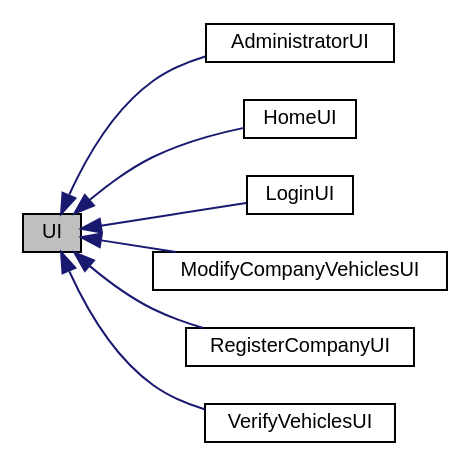
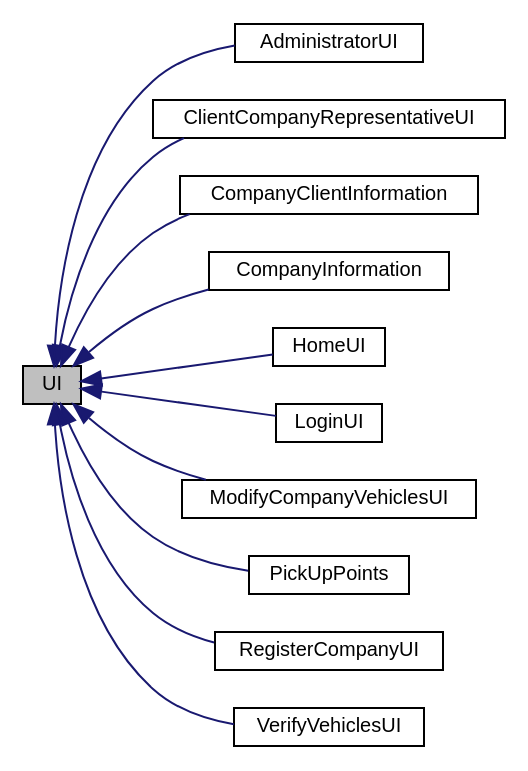
One commit to ctrlMarcio/feup-cal-proj changed the diagram in classUI__inherit__graph.dot. Above: the diagram before and after it, drawn with Graphviz. The commit also changed 73 other files, not shown here.

```diff
--- a/classUI__inherit__graph.dot
+++ b/classUI__inherit__graph.dot
@@ -1,19 +1,27 @@
 digraph "UI"
 {
   edge [fontname="Helvetica",fontsize="10",labelfontname="Helvetica",labelfontsize="10"];
   node [fontname="Helvetica",fontsize="10",shape=record];
   rankdir="LR";
   Node0 [label="UI",height=0.2,width=0.4,color="black", fillcolor="grey75", style="filled", fontcolor="black"];
   Node0 -> Node1 [dir="back",color="midnightblue",fontsize="10",style="solid",fontname="Helvetica"];
   Node1 [label="AdministratorUI",height=0.2,width=0.4,color="black", fillcolor="white", style="filled",URL="$classAdministratorUI.html"];
   Node0 -> Node2 [dir="back",color="midnightblue",fontsize="10",style="solid",fontname="Helvetica"];
-  Node2 [label="HomeUI",height=0.2,width=0.4,color="black", fillcolor="white", style="filled",URL="$classHomeUI.html"];
+  Node2 [label="ClientCompanyRepresentativeUI",height=0.2,width=0.4,color="black", fillcolor="white", style="filled",URL="$classClientCompanyRepresentativeUI.html"];
   Node0 -> Node3 [dir="back",color="midnightblue",fontsize="10",style="solid",fontname="Helvetica"];
-  Node3 [label="LoginUI",height=0.2,width=0.4,color="black", fillcolor="white", style="filled",URL="$classLoginUI.html"];
+  Node3 [label="CompanyClientInformation",height=0.2,width=0.4,color="black", fillcolor="white", style="filled",URL="$classCompanyClientInformation.html"];
   Node0 -> Node4 [dir="back",color="midnightblue",fontsize="10",style="solid",fontname="Helvetica"];
-  Node4 [label="ModifyCompanyVehiclesUI",height=0.2,width=0.4,color="black", fillcolor="white", style="filled",URL="$classModifyCompanyVehiclesUI.html"];
+  Node4 [label="CompanyInformation",height=0.2,width=0.4,color="black", fillcolor="white", style="filled",URL="$classCompanyInformation.html"];
   Node0 -> Node5 [dir="back",color="midnightblue",fontsize="10",style="solid",fontname="Helvetica"];
-  Node5 [label="RegisterCompanyUI",height=0.2,width=0.4,color="black", fillcolor="white", style="filled",URL="$classRegisterCompanyUI.html"];
+  Node5 [label="HomeUI",height=0.2,width=0.4,color="black", fillcolor="white", style="filled",URL="$classHomeUI.html"];
   Node0 -> Node6 [dir="back",color="midnightblue",fontsize="10",style="solid",fontname="Helvetica"];
-  Node6 [label="VerifyVehiclesUI",height=0.2,width=0.4,color="black", fillcolor="white", style="filled",URL="$classVerifyVehiclesUI.html"];
+  Node6 [label="LoginUI",height=0.2,width=0.4,color="black", fillcolor="white", style="filled",URL="$classLoginUI.html"];
+  Node0 -> Node7 [dir="back",color="midnightblue",fontsize="10",style="solid",fontname="Helvetica"];
+  Node7 [label="ModifyCompanyVehiclesUI",height=0.2,width=0.4,color="black", fillcolor="white", style="filled",URL="$classModifyCompanyVehiclesUI.html"];
+  Node0 -> Node8 [dir="back",color="midnightblue",fontsize="10",style="solid",fontname="Helvetica"];
+  Node8 [label="PickUpPoints",height=0.2,width=0.4,color="black", fillcolor="white", style="filled",URL="$classPickUpPoints.html"];
+  Node0 -> Node9 [dir="back",color="midnightblue",fontsize="10",style="solid",fontname="Helvetica"];
+  Node9 [label="RegisterCompanyUI",height=0.2,width=0.4,color="black", fillcolor="white", style="filled",URL="$classRegisterCompanyUI.html"];
+  Node0 -> Node10 [dir="back",color="midnightblue",fontsize="10",style="solid",fontname="Helvetica"];
+  Node10 [label="VerifyVehiclesUI",height=0.2,width=0.4,color="black", fillcolor="white", style="filled",URL="$classVerifyVehiclesUI.html"];
 }
```
